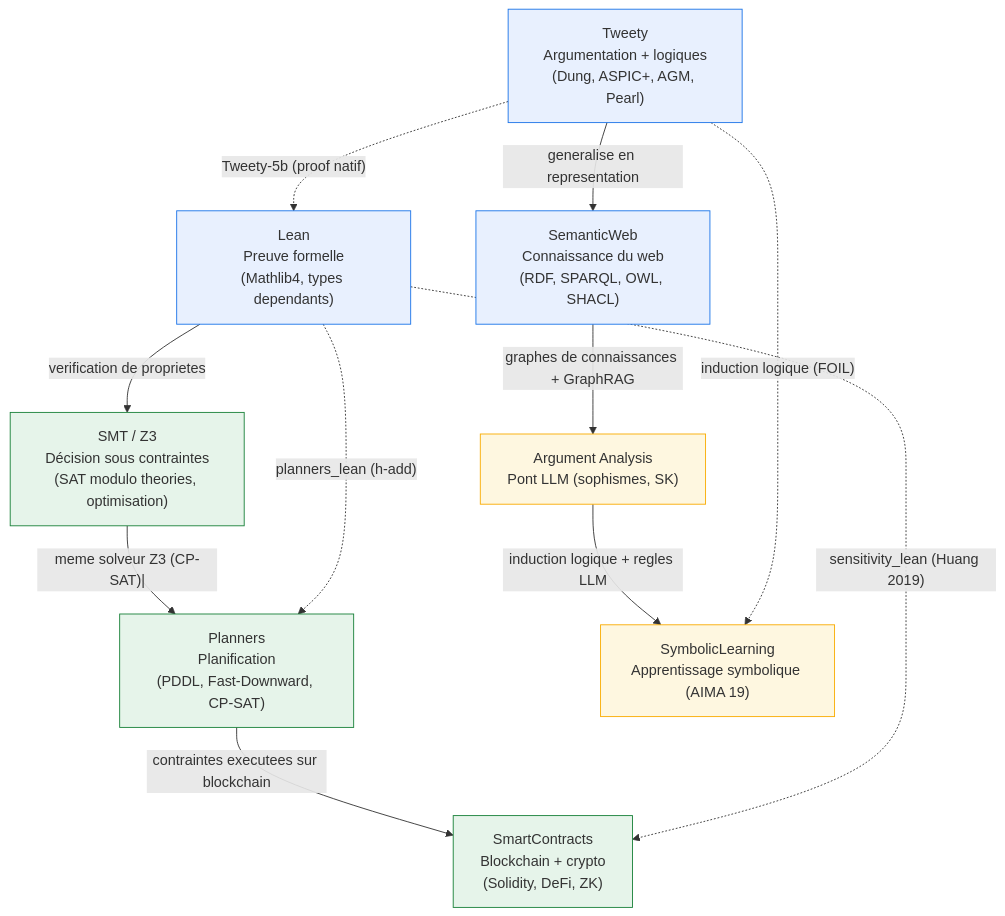
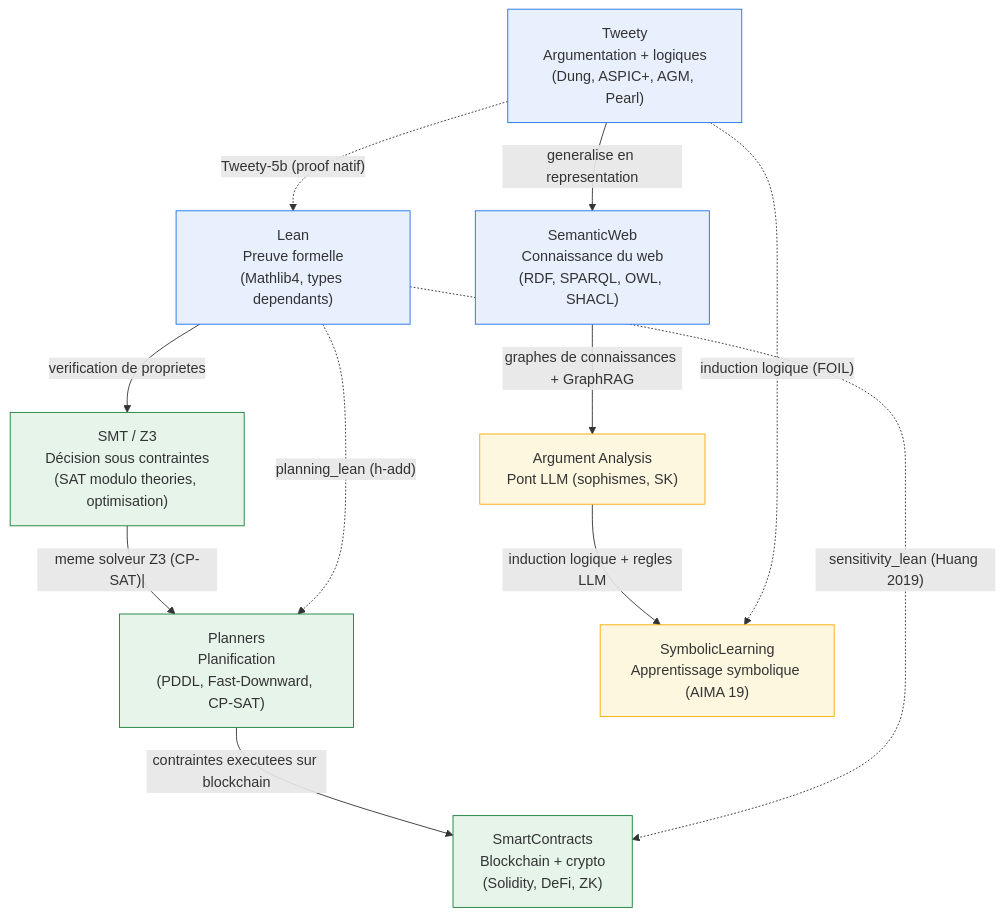
Before and after one commit to jsboige/CoursIA: the diagram in MyIA.AI.Notebooks/SymbolicAI/README.md, drawn with Mermaid. The commit also changed other lines of this file, not shown here.

````diff
--- a/MyIA.AI.Notebooks/SymbolicAI/README.md
+++ b/MyIA.AI.Notebooks/SymbolicAI/README.md
@@ -24,32 +24,32 @@
 ```mermaid
 flowchart TD
     TW["Tweety<br/>Argumentation + logiques<br/>(Dung, ASPIC+, AGM, Pearl)"]
     SW["SemanticWeb<br/>Connaissance du web<br/>(RDF, SPARQL, OWL, SHACL)"]
     LEAN["Lean<br/>Preuve formelle<br/>(Mathlib4, types dependants)"]
     SMT["SMT / Z3<br/>Décision sous contraintes<br/>(SAT modulo theories, optimisation)"]
     PL["Planners<br/>Planification<br/>(PDDL, Fast-Downward, CP-SAT)"]
     SC["SmartContracts<br/>Blockchain + crypto<br/>(Solidity, DeFi, ZK)"]
     AA["Argument Analysis<br/>Pont LLM (sophismes, SK)"]
     SL["SymbolicLearning<br/>Apprentissage symbolique (AIMA 19)"]
 
     %% Ponts conceptuels (flesches pleines = consommation / généralisation)
     TW -->|"generalise en representation"| SW
     LEAN -->|"verification de proprietes"| SMT
     SMT -->|"meme solveur Z3 (CP-SAT)|"| PL
     PL -->|"contraintes executees sur blockchain"| SC
     SW -->|"graphes de connaissances + GraphRAG"| AA
     AA -->|"induction logique + regles LLM"| SL
 
     %% Ponts par companion (flesches pointillees = notebook natif en Lean)
     TW -.->|"Tweety-5b (proof natif)"| LEAN
-    LEAN -.->|"planners_lean (h-add)"| PL
+    LEAN -.->|"planning_lean (h-add)"| PL
     LEAN -.->|"sensitivity_lean (Huang 2019)"| SC
     TW -.->|"induction logique (FOIL)"| SL
 
     classDef found fill:#e8f0fe,stroke:#1a73e8
     classDef app fill:#e6f4ea,stroke:#188038
     classDef bridge fill:#fef7e0,stroke:#f9ab00
     class TW,SW,LEAN found
     class SMT,PL,SC app
     class AA,SL bridge
 ```
````
